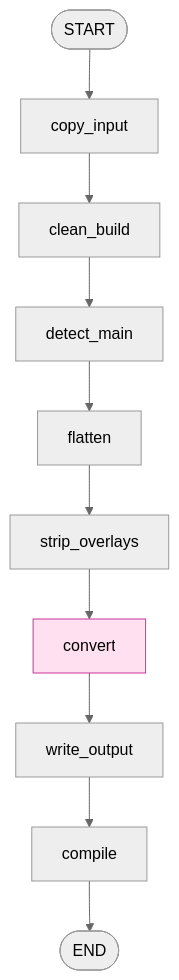
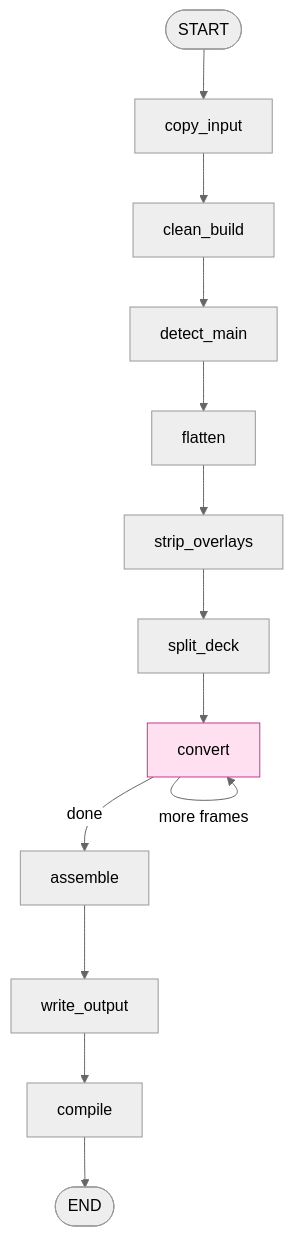
One commit to SushrutGaikwad/b2t changed the diagram in README.md. Above: the diagram before and after it, drawn with Mermaid (neutral theme). The commit also changed other lines of this file and 1 other file, not shown here.

Commit message:
docs: describe the per-frame split_deck/convert/assemble pipeline

````diff
--- a/README.md
+++ b/README.md
@@ -30,15 +30,18 @@
 ```mermaid
 flowchart TD
     start([START]) --> copy_input
     copy_input --> clean_build
     clean_build --> detect_main
     detect_main --> flatten
     flatten --> strip_overlays
-    strip_overlays --> convert
-    convert --> write_output
+    strip_overlays --> split_deck
+    split_deck --> convert
+    convert -->|more frames| convert
+    convert -->|done| assemble
+    assemble --> write_output
     write_output --> compile
     compile --> stop([END])
 
     classDef llm fill:#ffe0f0,stroke:#cc3399,color:#000;
     class convert llm;
 ```
````
